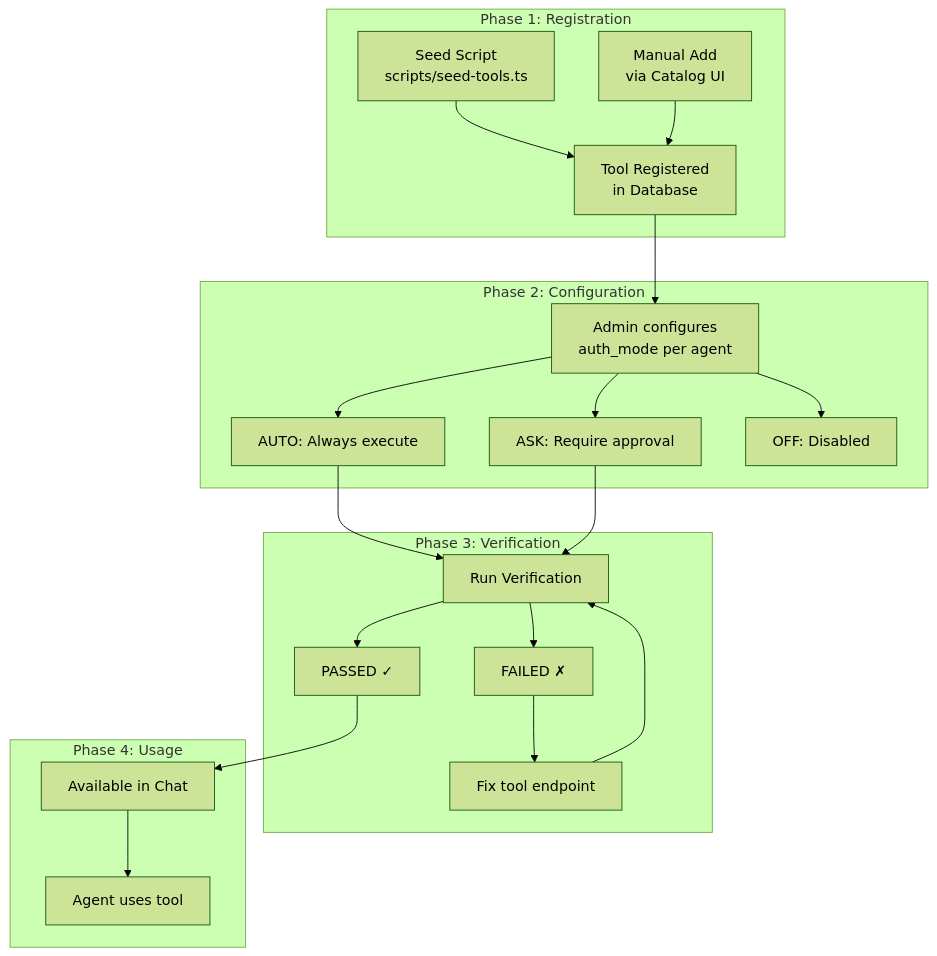
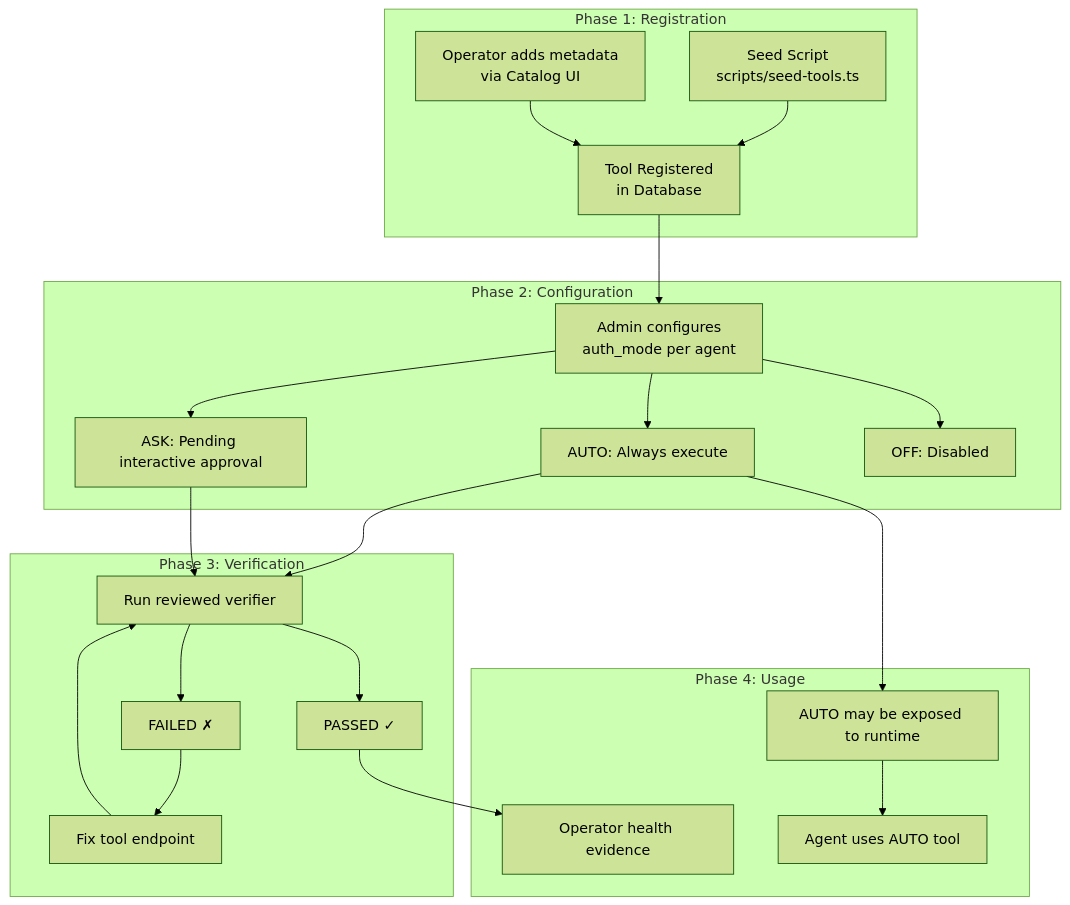
Before and after one commit to emeraldcoastsystemsgroup/oshal: the first of 2 diagrams in docs/workflows/tool-management-workflow.md, drawn with Mermaid (forest theme). The commit also changed other lines of this file and 810 other files, not shown here.

````diff
--- a/docs/workflows/tool-management-workflow.md
+++ b/docs/workflows/tool-management-workflow.md
@@ -17,28 +23,29 @@
 ```mermaid
 flowchart TD
     subgraph "Phase 1: Registration"
         SEED[Seed Script<br/>scripts/seed-tools.ts] --> REG[Tool Registered<br/>in Database]
-        MANUAL[Manual Add<br/>via Catalog UI] --> REG
+        MANUAL[Operator adds metadata<br/>via Catalog UI] --> REG
     end
 
     subgraph "Phase 2: Configuration"
         REG --> CONFIG[Admin configures<br/>auth_mode per agent]
         CONFIG --> AUTO_M[AUTO: Always execute]
-        CONFIG --> ASK_M[ASK: Require approval]
+        CONFIG --> ASK_M[ASK: Pending interactive approval]
         CONFIG --> OFF_M[OFF: Disabled]
     end
 
     subgraph "Phase 3: Verification"
-        AUTO_M --> VERIFY[Run Verification]
+        AUTO_M --> VERIFY[Run reviewed verifier]
         ASK_M --> VERIFY
         VERIFY --> PASS[PASSED ✓]
         VERIFY --> FAIL[FAILED ✗]
         FAIL --> FIX[Fix tool endpoint]
         FIX --> VERIFY
     end
 
     subgraph "Phase 4: Usage"
-        PASS --> CHAT[Available in Chat]
-        CHAT --> EXEC[Agent uses tool]
+        PASS --> OBS[Operator health evidence]
+        AUTO_M --> CHAT[AUTO may be exposed to runtime]
+        CHAT --> EXEC[Agent uses AUTO tool]
     end
 ```
````
